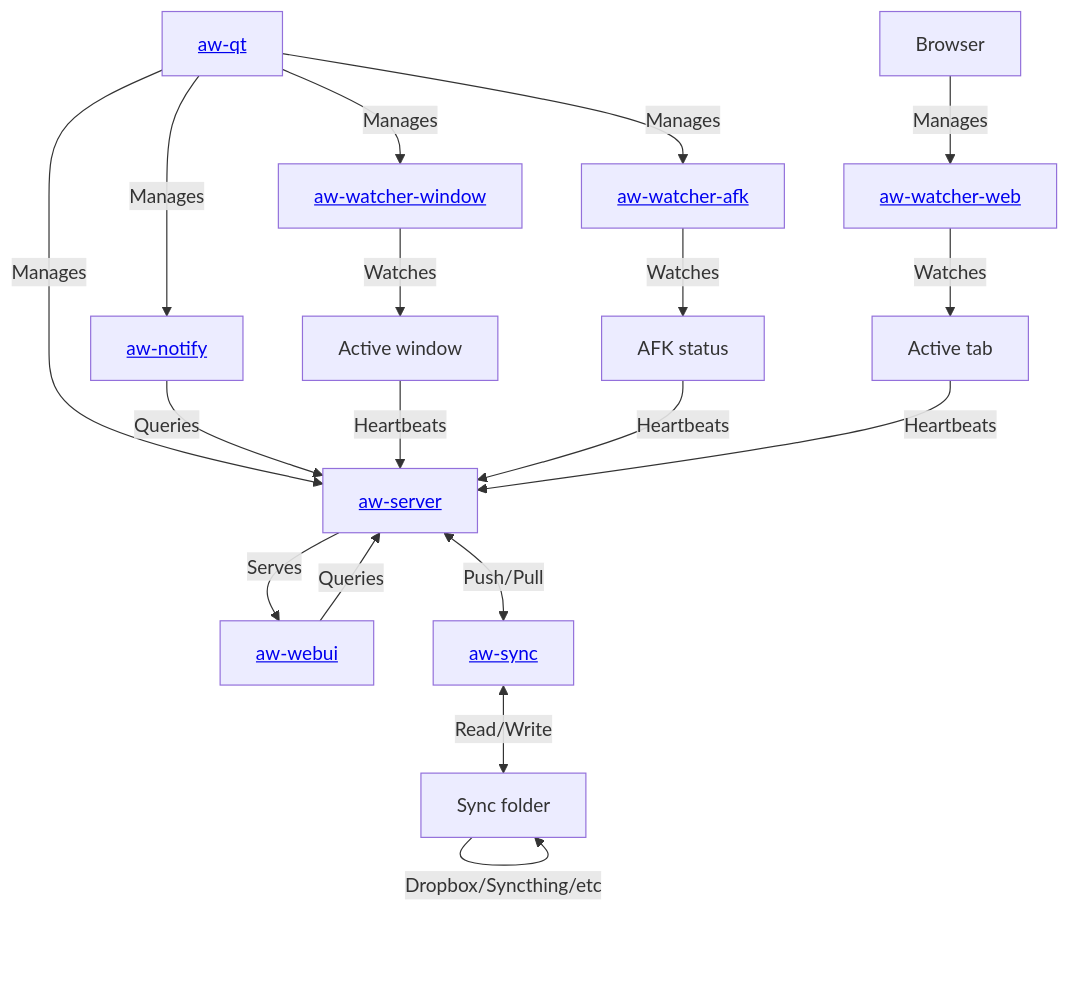
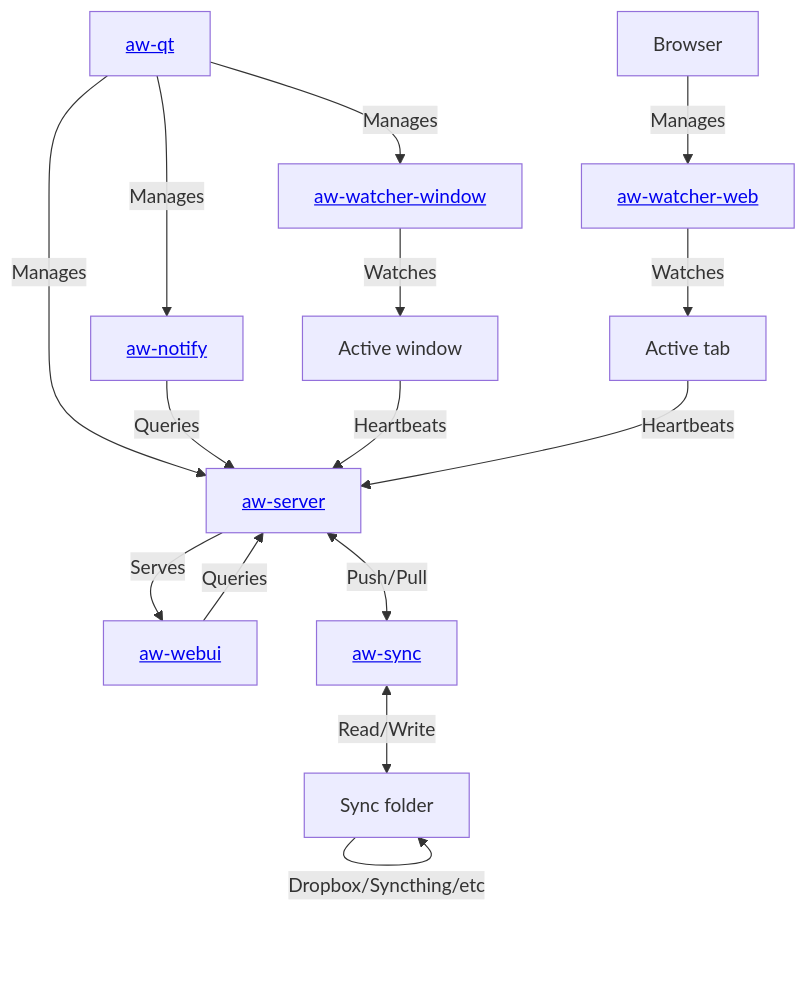
Before and after one commit to thangnh-ssv/activitywatch_dev: the diagram in README.md, drawn with Mermaid. The commit also changed other lines of this file and 1 other file, not shown here.

Commit message:
Apply dev change to aw

````diff
--- a/README.md
+++ b/README.md
@@ -184,36 +184,34 @@
 ```mermaid
 graph TD;
   aw-qt[<a href='https://github.com/ActivityWatch/aw-qt'>aw-qt</a>];
   aw-notify[<a href='https://github.com/ActivityWatch/aw-notify-rs'>aw-notify</a>];
   aw-server[<a href='https://github.com/ActivityWatch/aw-server'>aw-server</a>];
   aw-webui[<a href='https://github.com/ActivityWatch/aw-webui'>aw-webui</a>];
   aw-watcher-window[<a href='https://github.com/ActivityWatch/aw-watcher-window'>aw-watcher-window</a>];
-  aw-watcher-afk[<a href='https://github.com/ActivityWatch/aw-watcher-afk'>aw-watcher-afk</a>];
   aw-watcher-web[<a href='https://github.com/ActivityWatch/aw-watcher-web'>aw-watcher-web</a>];
   aw-sync[<a href='https://github.com/ActivityWatch/aw-server-rust/tree/master/aw-sync'>aw-sync</a>];
 
   aw-qt -- Manages --> aw-server;
   aw-qt -- Manages --> aw-notify -- Queries --> aw-server;
   aw-qt -- Manages --> aw-watcher-window -- Watches --> S1[Active window] -- Heartbeats --> aw-server;
-  aw-qt -- Manages --> aw-watcher-afk -- Watches --> S2[AFK status] -- Heartbeats --> aw-server;
   Browser -- Manages --> aw-watcher-web -- Watches --> S3[Active tab] -- Heartbeats --> aw-server;
   SF -- Dropbox/Syncthing/etc --> SF;
   aw-server <-- Push/Pull --> aw-sync <-- Read/Write --> SF[Sync folder];
   aw-server -- Serves --> aw-webui -- Queries --> aw-server;
 
   %% User -- Interacts --> aw-webui;
   %% User -- Observes --> aw-notify;
   %% User -- Interacts --> aw-qt;
 
 classDef lightMode fill:#FFFFFF, stroke:#333333, color:#333333;
 classDef darkMode fill:#333333, stroke:#FFFFFF, color:#FFFFFF;
 
 classDef lightModeLinks stroke:#333333;
 classDef darkModeLinks stroke:#FFFFFF;
 
 class A,B,C,D,E,G lightMode;
 class A,B,C,D,E,G darkMode;
 
 %% linkStyle 0 stroke:#FF4136, stroke-width:2px;
 %% linkStyle 1 stroke:#1ABC9C, stroke-width:2px;
 ```
````
